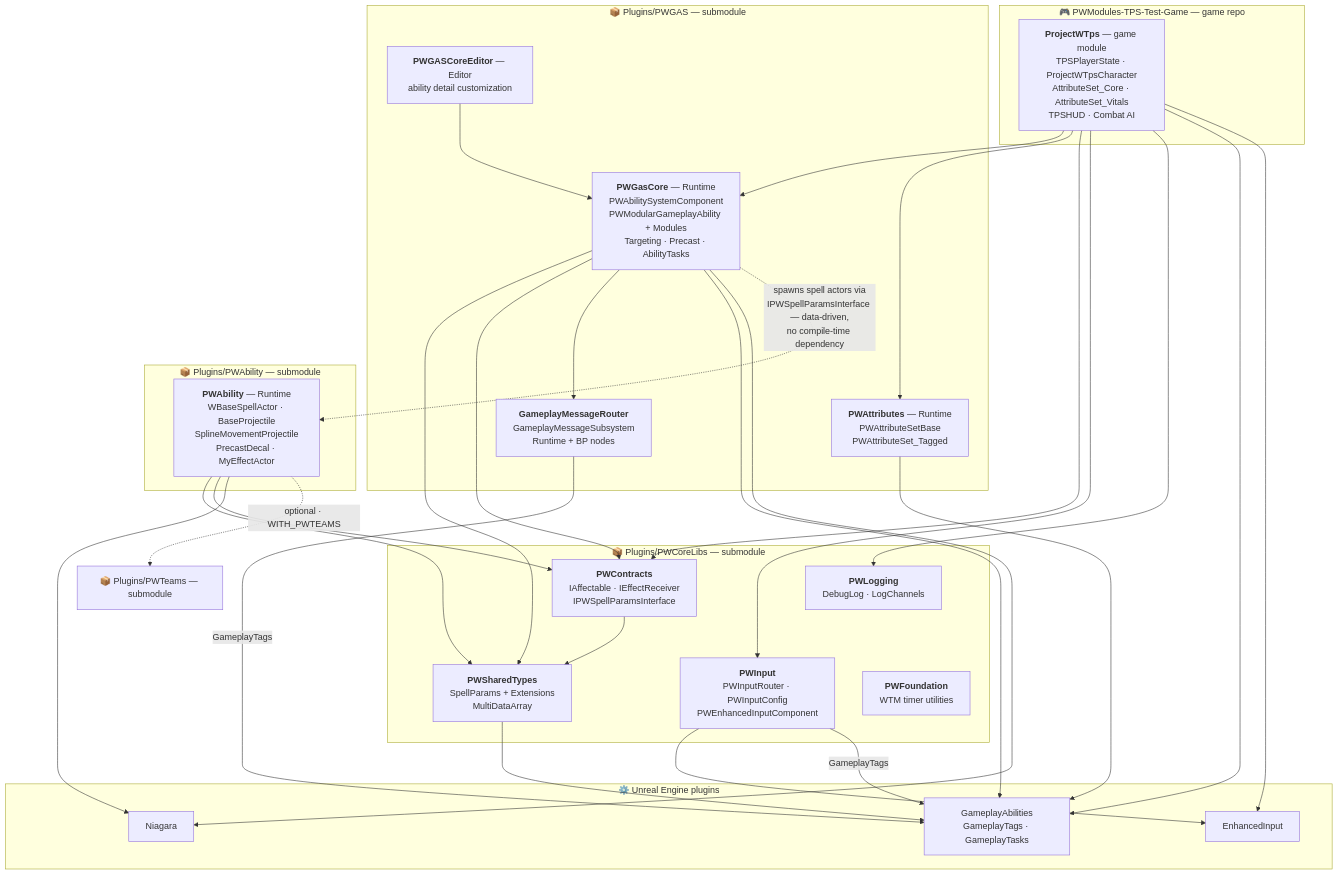
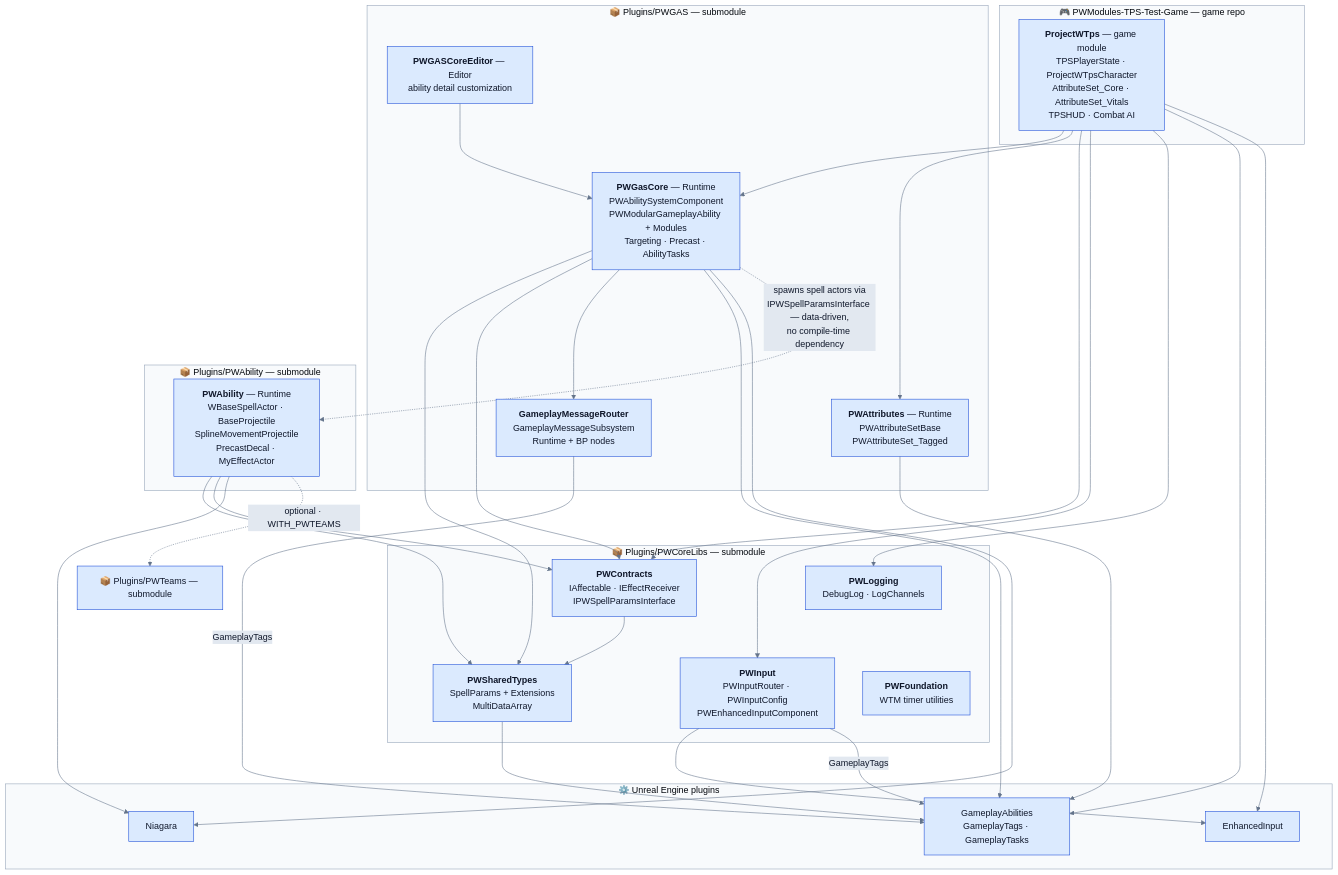
Before and after one commit to mkurtt96/PWModules-TPS-Test-Game: the second of 4 diagrams in Docs/GAS_Structure.md, drawn with Mermaid. The commit also changed other lines of this file, not shown here.

First line of the commit message:
Combine GAS structure into single diagram with explicit colors

````diff
--- a/Docs/GAS_Structure.md
+++ b/Docs/GAS_Structure.md
@@ -13,62 +131,63 @@
 ```mermaid
+%%{init: {"theme":"base","themeVariables":{"primaryColor":"#dbeafe","primaryTextColor":"#0f172a","primaryBorderColor":"#1d4ed8","lineColor":"#64748b","textColor":"#1e293b","clusterBkg":"#f8fafc","clusterBorder":"#94a3b8","edgeLabelBackground":"#e2e8f0"}}}%%
 flowchart TB
     subgraph GameRepo["🎮 PWModules-TPS-Test-Game — game repo"]
         ProjectWTps["<b>ProjectWTps</b> — game module<br/>TPSPlayerState · ProjectWTpsCharacter<br/>AttributeSet_Core · AttributeSet_Vitals<br/>TPSHUD · Combat AI"]
     end
 
     subgraph SubPWGAS["📦 Plugins/PWGAS — submodule"]
         PWGasCore["<b>PWGasCore</b> — Runtime<br/>PWAbilitySystemComponent<br/>PWModularGameplayAbility + Modules<br/>Targeting · Precast · AbilityTasks"]
         PWGASCoreEditor["<b>PWGASCoreEditor</b> — Editor<br/>ability detail customization"]
         PWAttributes["<b>PWAttributes</b> — Runtime<br/>PWAttributeSetBase<br/>PWAttributeSet_Tagged"]
         GMR["<b>GameplayMessageRouter</b><br/>GameplayMessageSubsystem<br/>Runtime + BP nodes"]
     end
 
     subgraph SubPWAbility["📦 Plugins/PWAbility — submodule"]
         PWAbility["<b>PWAbility</b> — Runtime<br/>WBaseSpellActor · BaseProjectile<br/>SplineMovementProjectile<br/>PrecastDecal · MyEffectActor"]
     end
 
     subgraph SubPWCoreLibs["📦 Plugins/PWCoreLibs — submodule"]
         PWSharedTypes["<b>PWSharedTypes</b><br/>SpellParams + Extensions<br/>MultiDataArray"]
         PWContracts["<b>PWContracts</b><br/>IAffectable · IEffectReceiver<br/>IPWSpellParamsInterface"]
         PWInput["<b>PWInput</b><br/>PWInputRouter · PWInputConfig<br/>PWEnhancedInputComponent"]
         PWLogging["<b>PWLogging</b><br/>DebugLog · LogChannels"]
         PWFoundation["<b>PWFoundation</b><br/>WTM timer utilities"]
     end
 
     subgraph Engine["⚙️ Unreal Engine plugins"]
         UEGAS["GameplayAbilities<br/>GameplayTags · GameplayTasks"]
         UEEnhancedInput["EnhancedInput"]
         UENiagara["Niagara"]
     end
 
     PWTeams["📦 Plugins/PWTeams — submodule"]
 
     ProjectWTps --> PWGasCore
     ProjectWTps --> PWAttributes
     ProjectWTps --> PWContracts
     ProjectWTps --> PWInput
     ProjectWTps --> PWLogging
     ProjectWTps --> UEGAS
     ProjectWTps --> UEEnhancedInput
 
     PWGASCoreEditor --> PWGasCore
     PWGasCore --> PWSharedTypes
     PWGasCore --> PWContracts
     PWGasCore --> GMR
     PWGasCore --> UEGAS
     PWGasCore --> UENiagara
     PWAttributes --> UEGAS
 
     PWGasCore -. "spawns spell actors via<br/>IPWSpellParamsInterface — data-driven,<br/>no compile-time dependency" .-> PWAbility
 
     PWAbility --> PWSharedTypes
     PWAbility --> PWContracts
     PWAbility --> UENiagara
     PWAbility -. "optional · WITH_PWTEAMS" .-> PWTeams
 
     PWContracts --> PWSharedTypes
     PWSharedTypes --> UEGAS
     PWInput --> UEEnhancedInput
     PWInput -->|"GameplayTags"| UEGAS
     GMR -->|"GameplayTags"| UEGAS
 ```
````
